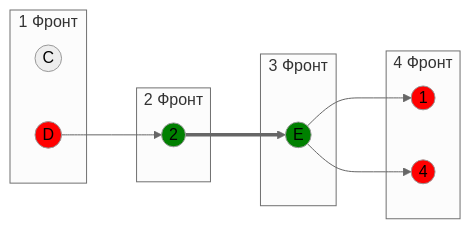
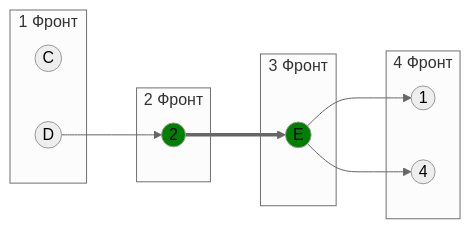
The fourth of 11 diagrams in Задание 8/DIVI.md (algos-ris-24-5/manual-tasks), drawn with Mermaid (neutral theme) before and after one commit. The commit also changed other lines of this file, not shown here.

````diff
--- a/Задание 8/DIVI.md
+++ b/Задание 8/DIVI.md
@@ -125,25 +121,23 @@
 ```mermaid
 graph LR
     subgraph "1 Фронт"
         C((C))
         D((D))
     end
     subgraph "2 Фронт"
         2((2))
     end
     subgraph "3 Фронт"
         E((E))
     end
     subgraph "4 Фронт"
         1((1))
         4((4))
     end
     D --> 2 ==> E --> 1
     E --> 4
     
-    style D fill:#FF0000
-    style 1 fill:#FF0000
-    style 4 fill:#FF0000
+
     style E fill:#008000
     style 2 fill:#008000
 ```
````
